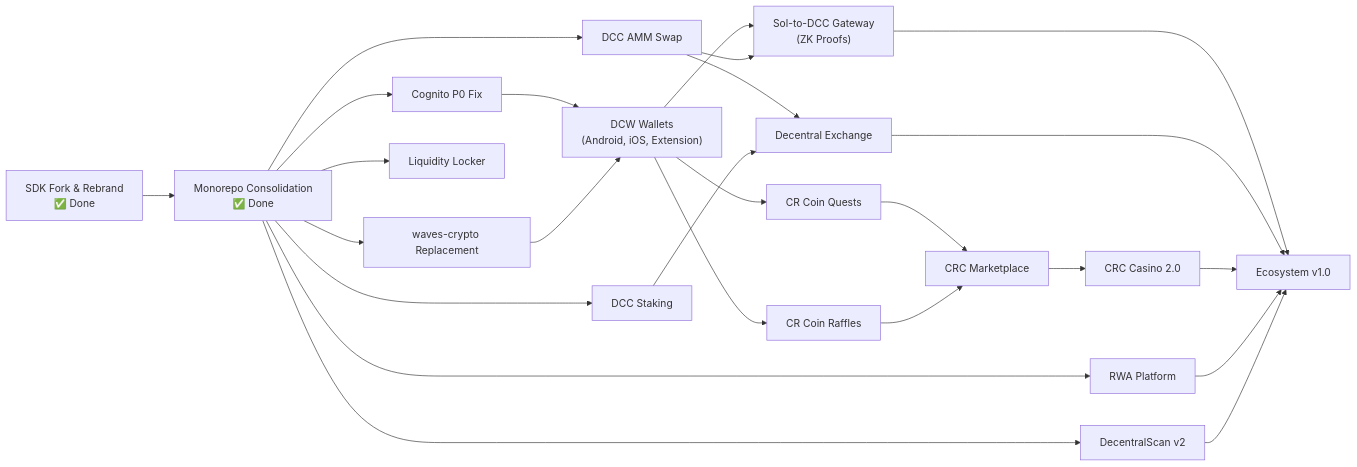
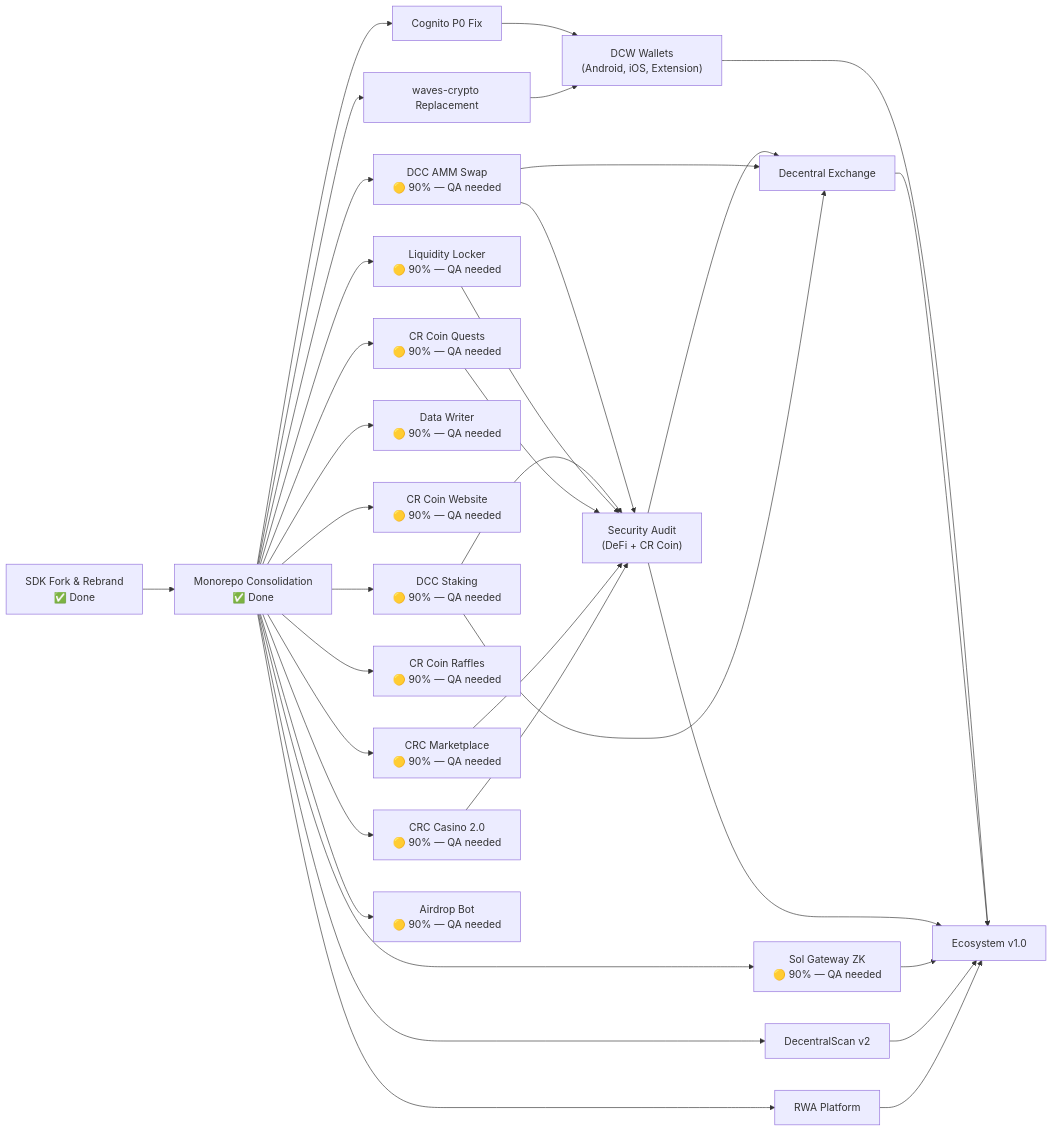
Before and after one commit to 33imattei33/roadmap-project: the fifth of 11 diagrams in ROADMAP.md, drawn with Mermaid. The commit also changed other lines of this file, not shown here.

First line of the commit message:
Update roadmap: 12 projects are 90% complete and on mainnet

````diff
--- a/ROADMAP.md
+++ b/ROADMAP.md
@@ -213,33 +213,43 @@
 ```mermaid
 flowchart LR
     A["SDK Fork & Rebrand<br/>✅ Done"] --> B["Monorepo Consolidation<br/>✅ Done"]
     B --> C["Cognito P0 Fix"]
     B --> D["waves-crypto Replacement"]
 
     C --> E["DCW Wallets<br/>(Android, iOS, Extension)"]
     D --> E
 
-    B --> F["DCC AMM Swap"]
-    B --> G["DCC Staking"]
-    F --> H["Decentral Exchange"]
-    G --> H
+    B --> F["DCC AMM Swap<br/>🟡 90% — QA needed"]
+    B --> G["DCC Staking<br/>🟡 90% — QA needed"]
+    B --> H["Liquidity Locker<br/>🟡 90% — QA needed"]
+    B --> I["Sol Gateway ZK<br/>🟡 90% — QA needed"]
+    B --> J["Data Writer<br/>🟡 90% — QA needed"]
 
-    E --> I["Sol-to-DCC Gateway<br/>(ZK Proofs)"]
-    F --> I
-    B --> J["Liquidity Locker"]
-    B --> K["RWA Platform"]
+    B --> K["CR Coin Website<br/>🟡 90% — QA needed"]
+    B --> L["CR Coin Quests<br/>🟡 90% — QA needed"]
+    B --> M["CR Coin Raffles<br/>🟡 90% — QA needed"]
+    B --> N["CRC Marketplace<br/>🟡 90% — QA needed"]
+    B --> O["CRC Casino 2.0<br/>🟡 90% — QA needed"]
+    B --> P["Airdrop Bot<br/>🟡 90% — QA needed"]
 
-    E --> L["CR Coin Quests"]
-    E --> M["CR Coin Raffles"]
-    L --> N["CRC Marketplace"]
-    M --> N
-    N --> O["CRC Casino 2.0"]
+    F --> Q["Security Audit<br/>(DeFi + CR Coin)"]
+    G --> Q
+    H --> Q
+    L --> Q
+    N --> Q
+    O --> Q
 
-    I --> P["Ecosystem v1.0"]
-    H --> P
-    O --> P
-    K --> P
+    Q --> R["Decentral Exchange"]
+    F --> R
+    G --> R
 
-    B --> Q["DecentralScan v2"]
-    Q --> P
+    E --> S["Ecosystem v1.0"]
+    R --> S
+    Q --> S
+    I --> S
+
+    B --> T["DecentralScan v2"]
+    T --> S
+    B --> U["RWA Platform"]
+    U --> S
 ```
````
